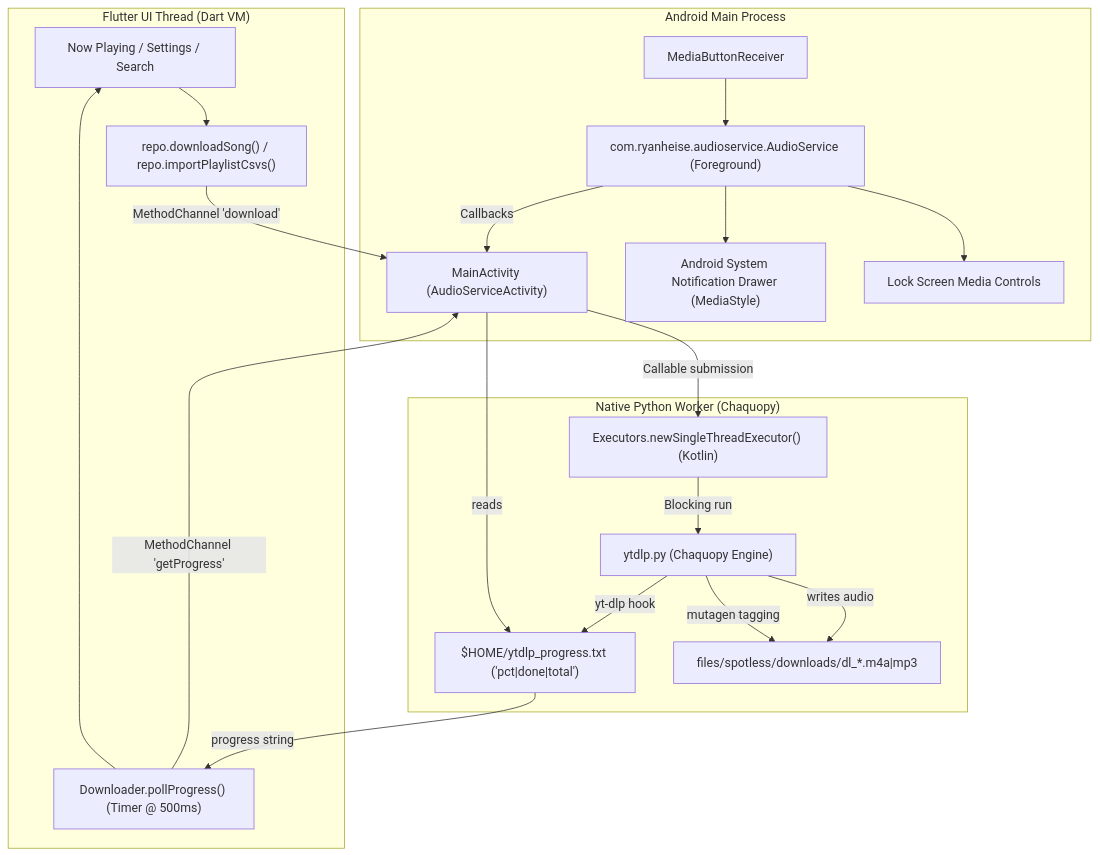
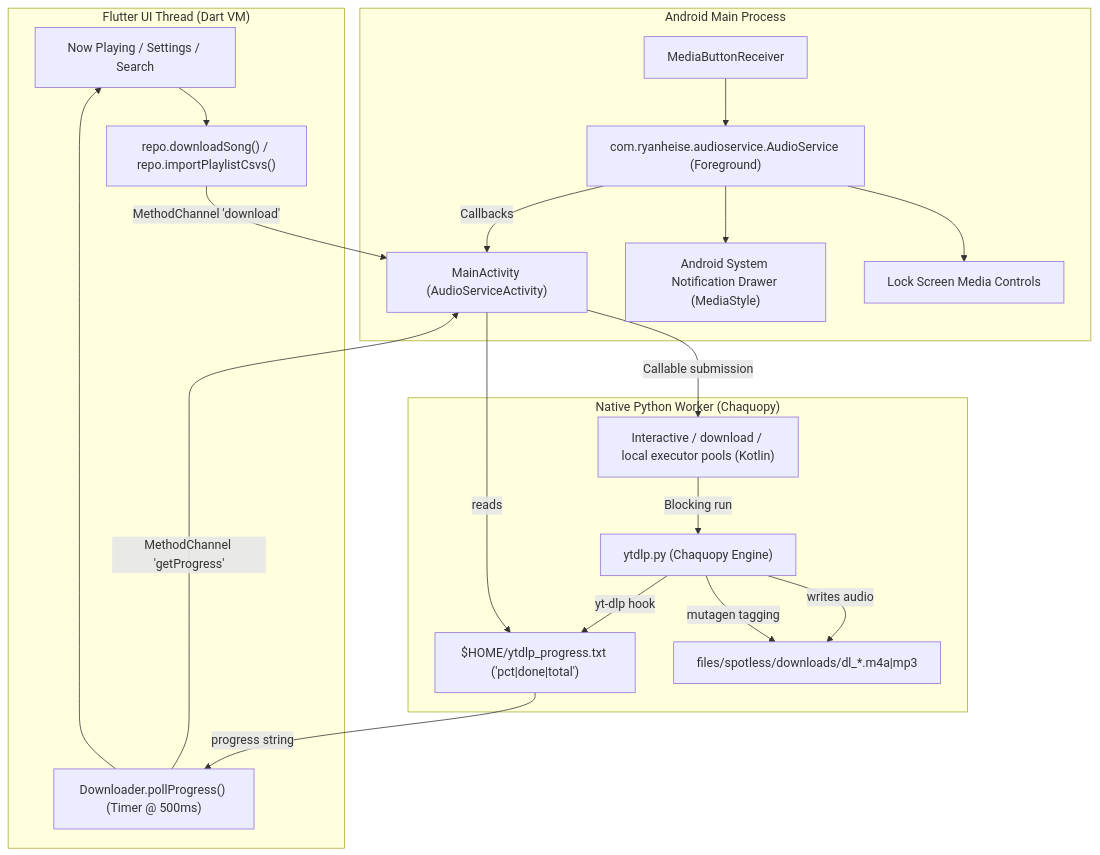
The fifth of 5 diagrams in docs/handover/03_ARCHITECTURE.md (raviaddagalla/spotless), drawn with Mermaid before and after one commit. The commit also changed other lines of this file and 20 other files, not shown here.

````diff
--- a/docs/handover/03_ARCHITECTURE.md
+++ b/docs/handover/03_ARCHITECTURE.md
@@ -276,42 +272,42 @@
 ```mermaid
 graph TD
     subgraph UIThread ["Flutter UI Thread (Dart VM)"]
         UI["Now Playing / Settings / Search"]
         DLCall["repo.downloadSong() / repo.importPlaylistCsvs()"]
         Poller["Downloader.pollProgress() (Timer @ 500ms)"]
     end
 
     subgraph AndroidMain ["Android Main Process"]
         ASActivity["MainActivity (AudioServiceActivity)"]
         Service["com.ryanheise.audioservice.AudioService (Foreground)"]
         Receiver["MediaButtonReceiver"]
         Notif["Android System Notification Drawer (MediaStyle)"]
         Lockscreen["Lock Screen Media Controls"]
     end
 
     subgraph PythonWorker ["Native Python Worker (Chaquopy)"]
-        Exec["Executors.newSingleThreadExecutor() (Kotlin)"]
+        Exec["Interactive / download / local executor pools (Kotlin)"]
         PyModule["ytdlp.py (Chaquopy Engine)"]
         ProgFile["$HOME/ytdlp_progress.txt ('pct|done|total')"]
         DiskFile["files/spotless/downloads/dl_*.m4a|mp3"]
     end
 
     %% Flow
     UI --> DLCall
     DLCall -->|MethodChannel 'download'| ASActivity
     ASActivity -->|Callable submission| Exec
     Exec -->|Blocking run| PyModule
     PyModule -->|yt-dlp hook| ProgFile
     PyModule -->|writes audio| DiskFile
     PyModule -->|mutagen tagging| DiskFile
 
     Poller -->|MethodChannel 'getProgress'| ASActivity
     ASActivity -->|reads| ProgFile
     ProgFile -->|progress string| Poller
     Poller --> UI
 
     Service --> Notif
     Service --> Lockscreen
     Receiver --> Service
     Service -->|Callbacks| ASActivity
 ```
````
